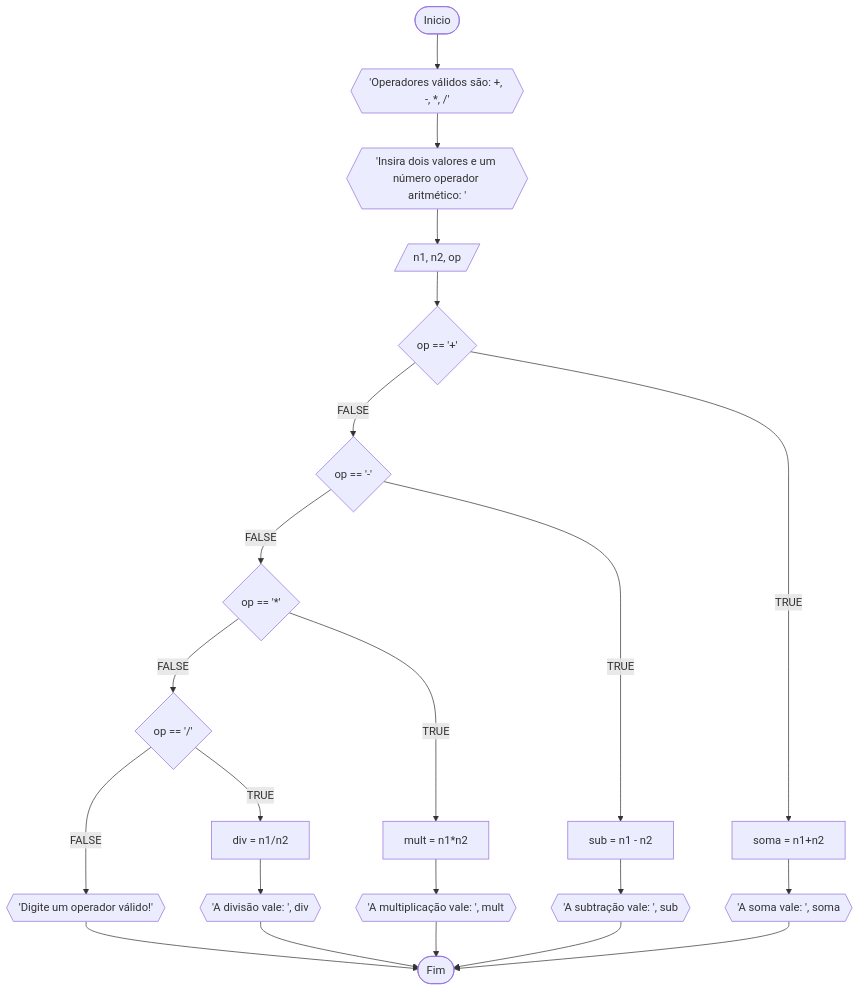
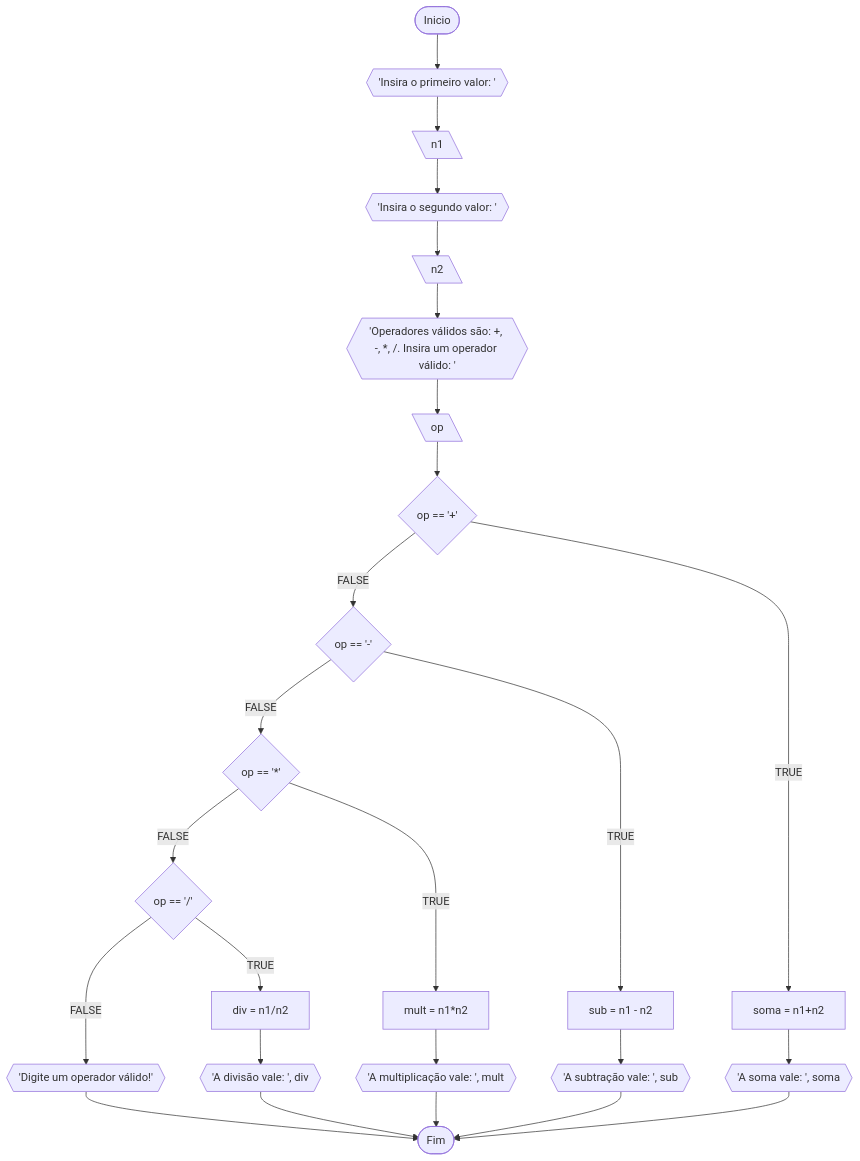
One commit to stuffxdd/Unifor changed the third of 4 diagrams in RLA/unidade 1/lista2.md. Above: the diagram before and after it, drawn with Mermaid. The commit also changed other lines of this file, not shown here.

````diff
--- a/RLA/unidade 1/lista2.md
+++ b/RLA/unidade 1/lista2.md
@@ -86,23 +86,20 @@
 ```mermaid
 flowchart TD
 
-
-A([Inicio]) --> B{{'Operadores válidos são: +, -, *, /'}}
-B --> BB{{'Insira dois valores e um número operador aritmético: '}}
-BB--> C[/n1, n2, op/]
-
-C --> D{op == '+'}
+A([Inicio]) --> B{{'Insira o primeiro valor: '}} --> a[\n1\] --> BB{{'Insira o segundo valor: '}} --> b[\n2\]
+b --> c{{'Operadores válidos são: +, -, *, /. Insira um operador válido: '}} --> d[\op\]
+d --> D{op == '+'}
 D --FALSE-->E{op == '-'}
 E --FALSE--> F{op == '*'}
 F --FALSE--> G{op == '/'}
 G --FALSE--> H{{'Digite um operador válido!'}} --> Z
 D --TRUE--> I[soma = n1+n2] 
 I --> J{{'A soma vale: ', soma}} --> Z 
 E --TRUE--> K[sub = n1 - n2]
 K --> L{{'A subtração vale: ', sub}} --> Z
 F --TRUE--> M[mult = n1*n2]
 M --> N{{'A multiplicação vale: ', mult}} --> Z
 G --TRUE--> O[div = n1/n2]
 O --> P{{'A divisão vale: ', div}} --> Z
 Z([Fim])
 ```
````
